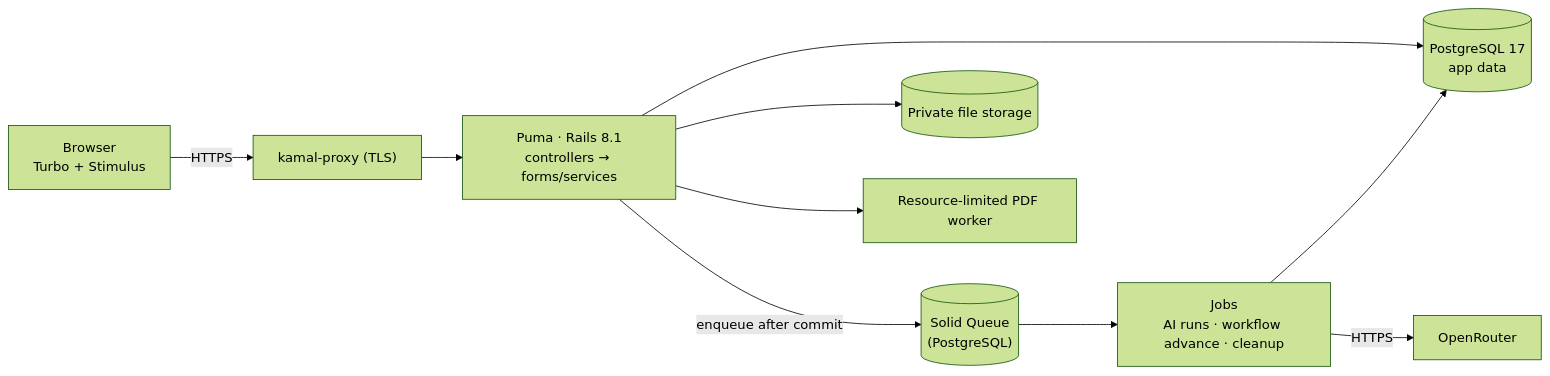
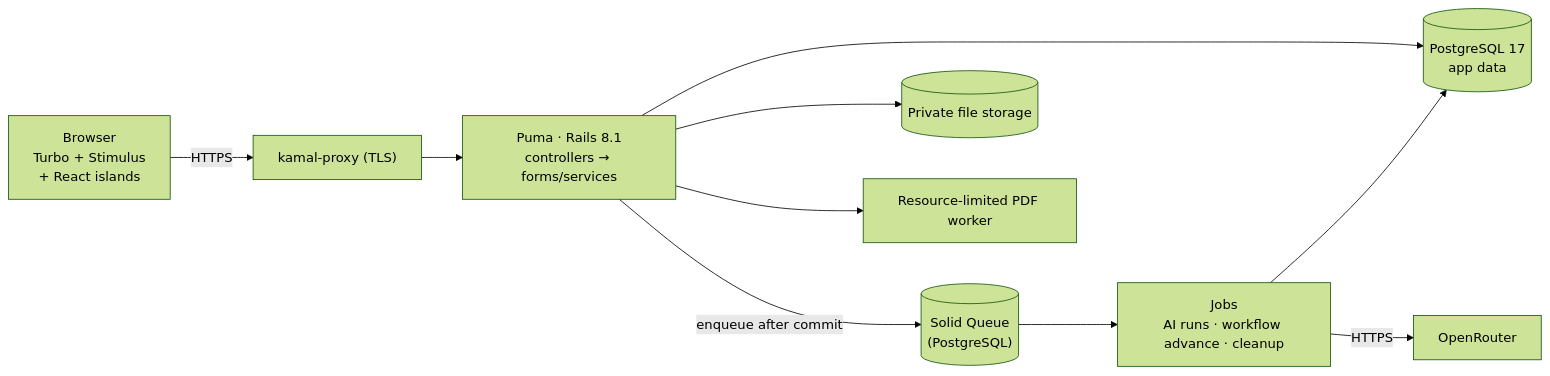
The first of 4 diagrams in README.md (XKeviNguyen/three_heavens), drawn with Mermaid (forest theme) before and after one commit. The commit also changed other lines of this file and 4 other files, not shown here.

````diff
--- a/README.md
+++ b/README.md
@@ -106,12 +109,12 @@
 ```mermaid
 flowchart LR
-  B["Browser<br/>Turbo + Stimulus"] -->|HTTPS| KP["kamal-proxy (TLS)"]
+  B["Browser<br/>Turbo + Stimulus<br/>+ React islands"] -->|HTTPS| KP["kamal-proxy (TLS)"]
   KP --> PU["Puma · Rails 8.1<br/>controllers → forms/services"]
   PU --> PG[("PostgreSQL 17<br/>app data")]
   PU -->|enqueue after commit| Q[("Solid Queue<br/>(PostgreSQL)")]
   Q --> J["Jobs<br/>AI runs · workflow advance · cleanup"]
   J --> PG
   J -->|HTTPS| OR["OpenRouter"]
   PU --> FS[("Private file storage")]
   PU --> PDF["Resource-limited PDF worker"]
 ```
````
